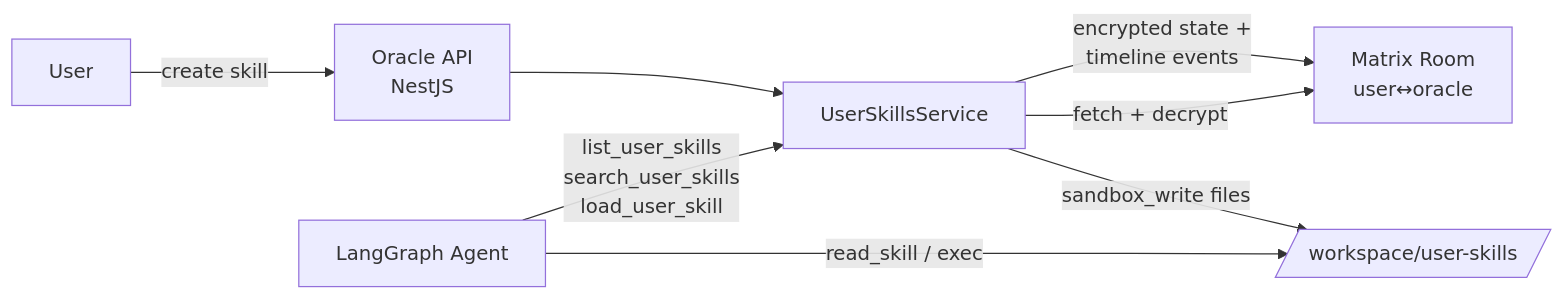
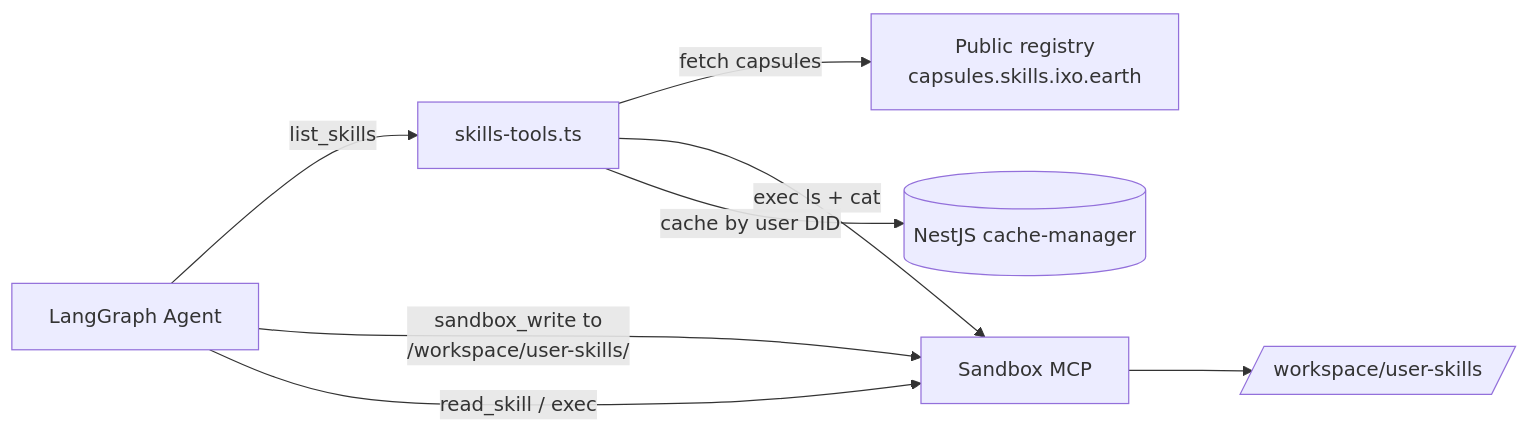
One commit to ixoworld/ixo-oracles-boilerplate changed the diagram in specs/custom-skills-plan.md. Above: the diagram before and after it, drawn with Mermaid. The commit also changed other lines of this file, not shown here.

First line of the commit message:
docs: simplify custom-skills plan (v2)

````diff
--- a/specs/custom-skills-plan.md
+++ b/specs/custom-skills-plan.md
@@ -38,10 +37,10 @@
 ```mermaid
 graph LR
-    U[User] -- "create skill" --> API[Oracle API<br/>NestJS]
-    API --> SS[UserSkillsService]
-    SS -- "encrypted state +<br/>timeline events" --> M[Matrix Room<br/>user↔oracle]
-    LG[LangGraph Agent] -- "list_user_skills<br/>search_user_skills<br/>load_user_skill" --> SS
-    SS -- "fetch + decrypt" --> M
-    SS -- "sandbox_write files" --> SB[/workspace/user-skills/]
+    LG[LangGraph Agent] -- "list_skills" --> ST[skills-tools.ts]
+    ST -- "fetch capsules" --> R[Public registry<br/>capsules.skills.ixo.earth]
+    ST -- "exec ls + cat" --> SB[Sandbox MCP]
+    SB --> US[/workspace/user-skills/]
+    ST -- "cache by user DID" --> C[(NestJS cache-manager)]
+    LG -- "sandbox_write to<br/>/workspace/user-skills/" --> SB
     LG -- "read_skill / exec" --> SB
 ```
````
